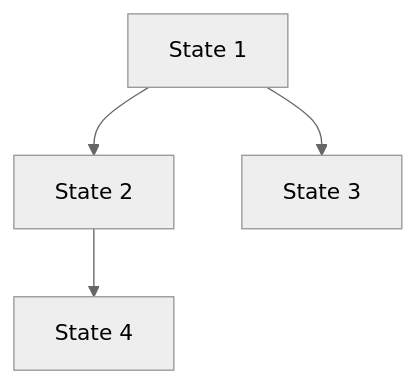
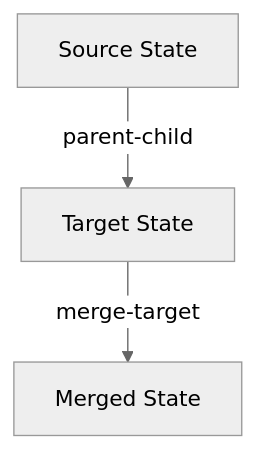
The diagram in docs/STATEVIS.md (mlld-lang/mlld), drawn with Mermaid (neutral theme) before and after one commit. The commit also changed other lines of this file, not shown here.

````diff
--- a/docs/STATEVIS.md
+++ b/docs/STATEVIS.md
@@ -351,6 +128,5 @@
 ```mermaid
 graph TD
-  A[State 1] --> B[State 2]
-  A --> C[State 3]
-  B --> D[State 4]
+    A[Source State] -->|parent-child| B[Target State]
+    B -->|merge-target| C[Merged State]
 ```
````
